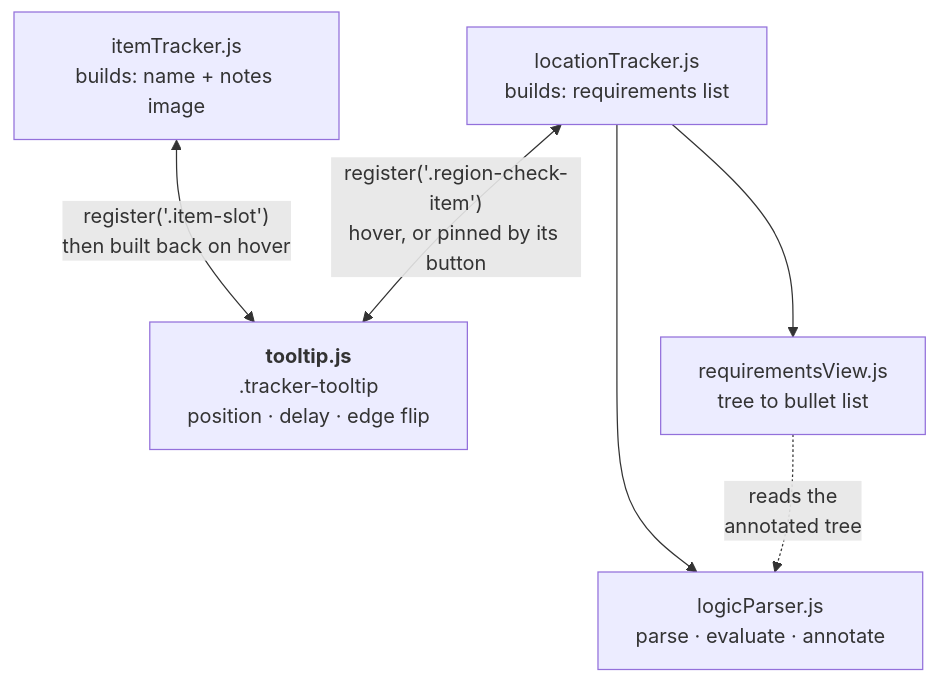
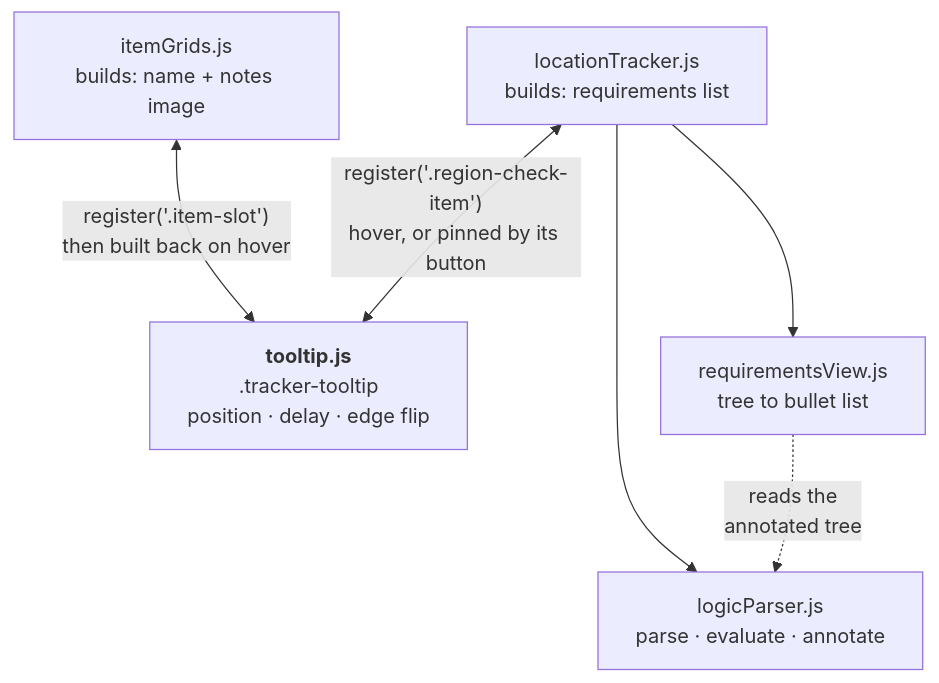
Before and after one commit to GonzaloJMora/mm3drTracker: diagram 15 of 15 in documentation/architecture-diagram.md, drawn with Mermaid. The commit also changed other lines of this file and 49 other files, not shown here.

````diff
--- a/documentation/architecture-diagram.md
+++ b/documentation/architecture-diagram.md
@@ -278,17 +457,17 @@
 ```mermaid
 flowchart TB
     TT["<b>tooltip.js</b><br/>.tracker-tooltip<br/>position · delay · edge flip"]
 
-    IT["itemTracker.js<br/>builds: name + notes image"]
+    IG["itemGrids.js<br/>builds: name + notes image"]
     LT["locationTracker.js<br/>builds: requirements list"]
 
-    IT <-- "register('.item-slot')<br/>then built back on hover" --> TT
+    IG <-- "register('.item-slot')<br/>then built back on hover" --> TT
     LT <-- "register('.region-check-item')<br/>hover, or pinned by its button" --> TT
 
     LP["logicParser.js<br/>parse · evaluate · annotate"]
     RV["requirementsView.js<br/>tree to bullet list"]
 
     LT --> LP
     LT --> RV
     RV -. "reads the<br/>annotated tree" .-> LP
 ```
````
